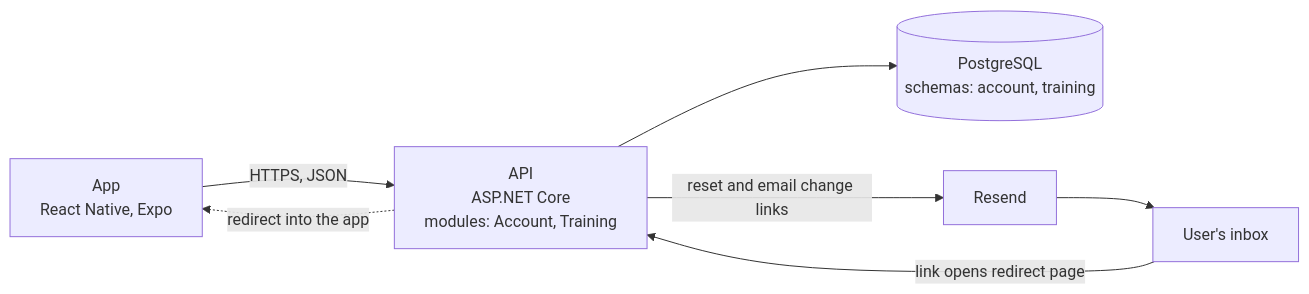
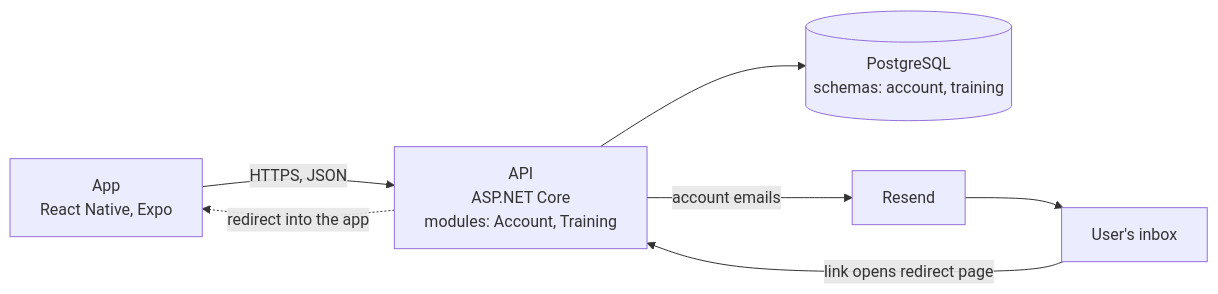
The diagram in docs/wiki/architecture/system.md (minimalist-hr/herculean), drawn with Mermaid before and after one commit. The commit also changed 12 other files, not shown here.

````diff
--- a/docs/wiki/architecture/system.md
+++ b/docs/wiki/architecture/system.md
@@ -7,15 +7,15 @@
 ```mermaid
 flowchart LR
     app["App<br/>React Native, Expo"]
     api["API<br/>ASP.NET Core<br/>modules: Account, Training"]
     db[("PostgreSQL<br/>schemas: account, training")]
     email["Resend"]
     inbox["User's inbox"]
 
     app -- "HTTPS, JSON" --> api
     api --> db
-    api -- "reset and email change links" --> email
+    api -- "account emails" --> email
     email --> inbox
     inbox -- "link opens redirect page" --> api
     api -. "redirect into the app" .-> app
 ```
````
